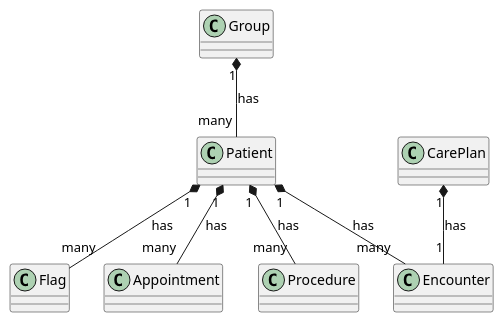
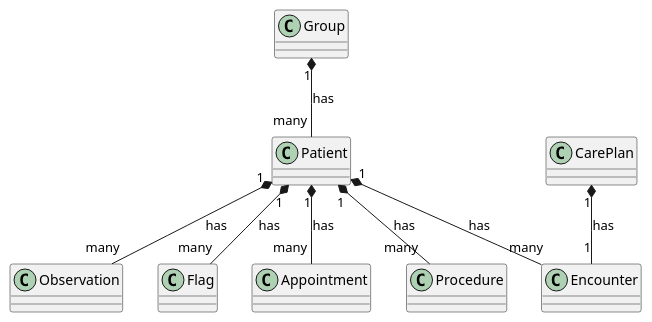
Before and after one commit to NHSDigital/IOPS-FHIR-Simplifier-Backup: the diagram in NHSEnglandProgrammeImplementationGuides/backup/guides/National-Screening/Home/Design/Data-mapping.page.md, drawn with PlantUML. The commit also changed 2 other files, not shown here.

Commit message:
Thu Nov  7 18:03:08 UTC 2024

```diff
--- a/NHSEnglandProgrammeImplementationGuides/backup/guides/National-Screening/Home/Design/Data-mapping.page.md
+++ b/NHSEnglandProgrammeImplementationGuides/backup/guides/National-Screening/Home/Design/Data-mapping.page.md
@@ -6,8 +6,9 @@
 @startuml
 Group "1" *-- "many" Patient : has
 Patient "1" *-- "many" Encounter : has
+Patient "1" *-- "many" Observation : has
 Patient "1" *-- "many" Flag : has
 CarePlan "1" *-- "1" Encounter : has
 Patient "1" *-- "many" Appointment : has
 Patient "1" *-- "many" Procedure : has
 @enduml
```
